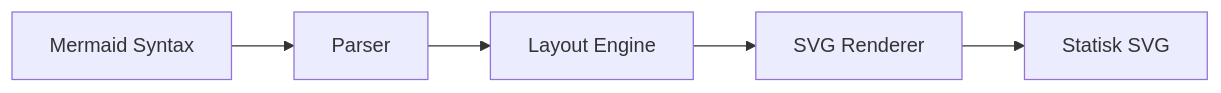
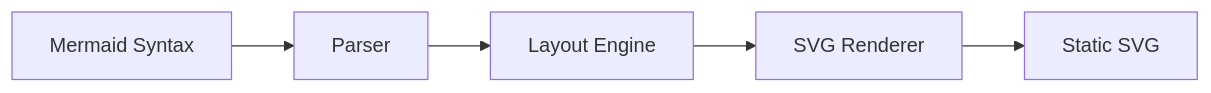
The first of 3 diagrams in docs/guide/how-it-works.md (KlangHaus/vitepress-plugin-diagram), drawn with Mermaid before and after one commit. The commit also changed other lines of this file and 3 other files, not shown here.

````diff
--- a/docs/guide/how-it-works.md
+++ b/docs/guide/how-it-works.md
@@ -7,7 +7,7 @@
 ```mermaid
 graph LR
   A[Mermaid Syntax] --> B[Parser]
   B --> C[Layout Engine]
   C --> D[SVG Renderer]
-  D --> E[Statisk SVG]
+  D --> E[Static SVG]
 ```
````
